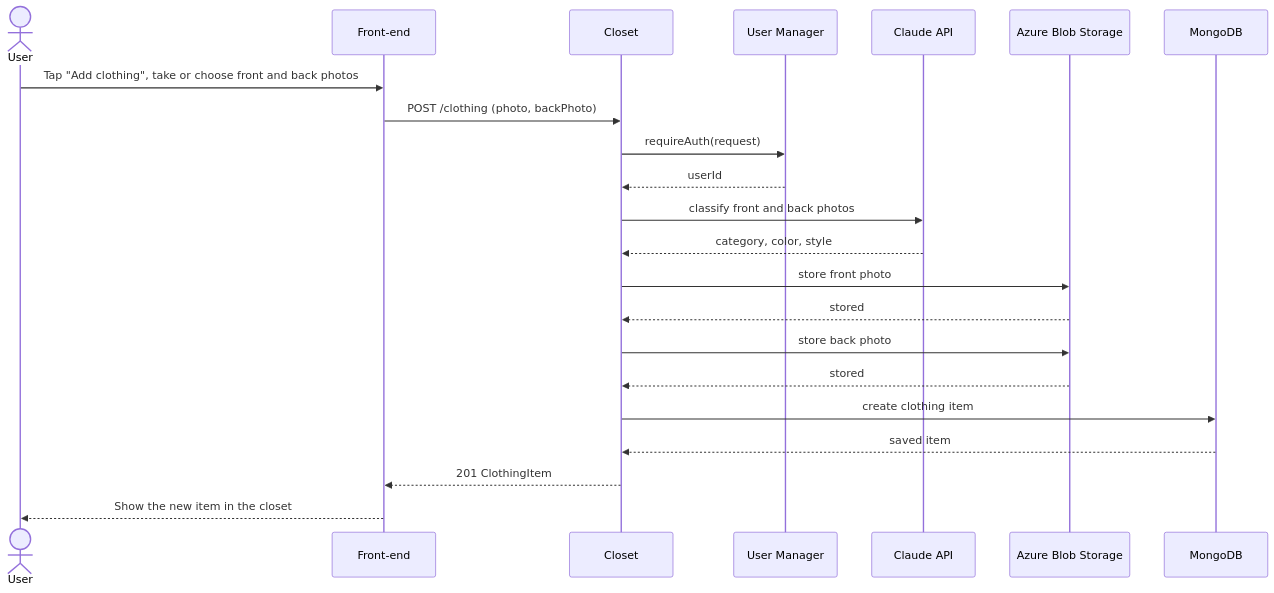
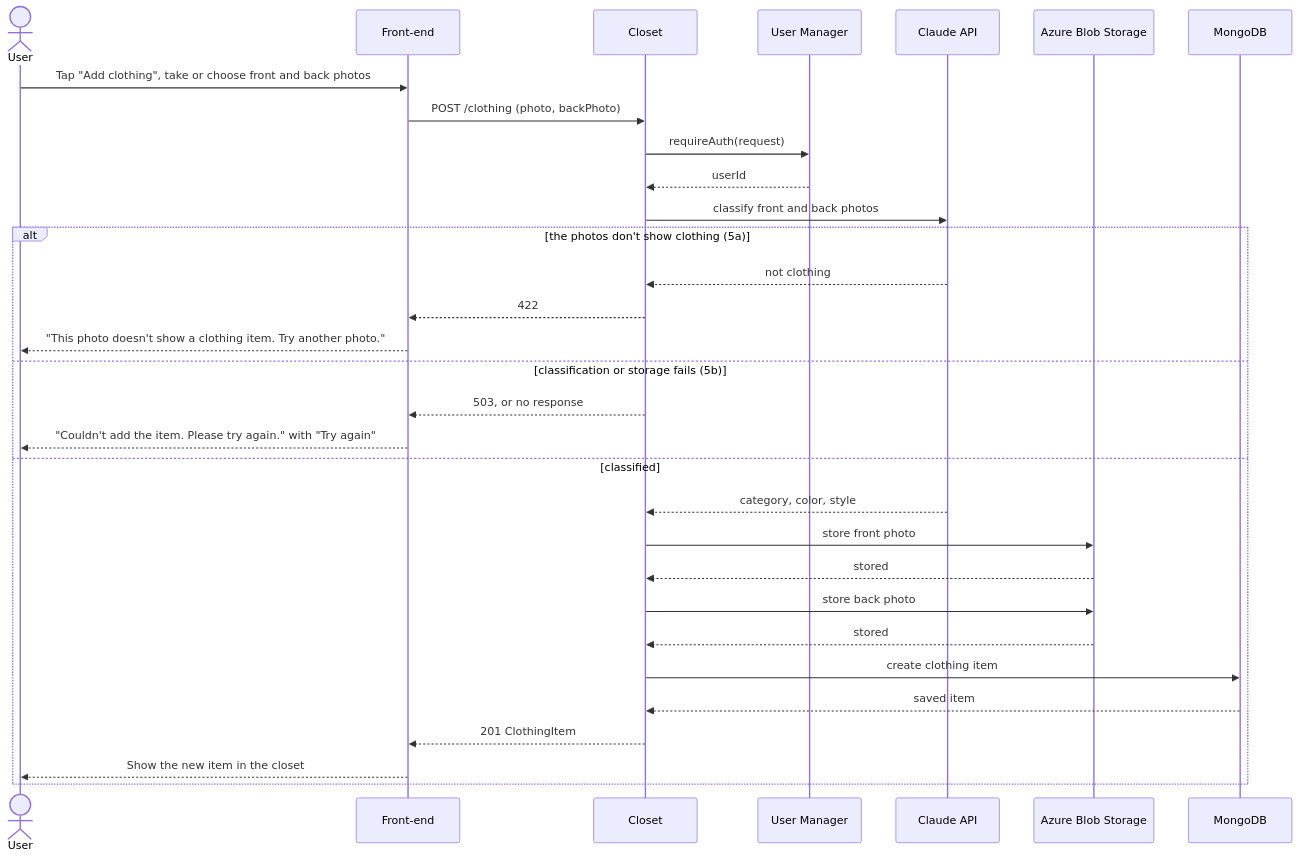
One commit to evannawfal/fabricate changed the first of 5 diagrams in documentation/Requirements_and_Design.md. Above: the diagram before and after it, drawn with Mermaid. The commit also changed other lines of this file, not shown here.

````diff
--- a/documentation/Requirements_and_Design.md
+++ b/documentation/Requirements_and_Design.md
@@ -376,25 +397,34 @@
 ```mermaid
 sequenceDiagram
     actor U as User
     participant FE as Front-end
     participant CL as Closet
     participant US as User Manager
     participant CA as Claude API
     participant AZ as Azure Blob Storage
     participant DB as MongoDB
 
     U->>FE: Tap "Add clothing", take or choose front and back photos
     FE->>CL: POST /clothing (photo, backPhoto)
     CL->>US: requireAuth(request)
     US-->>CL: userId
     CL->>CA: classify front and back photos
-    CA-->>CL: category, color, style
-    CL->>AZ: store front photo
-    AZ-->>CL: stored
-    CL->>AZ: store back photo
-    AZ-->>CL: stored
-    CL->>DB: create clothing item
-    DB-->>CL: saved item
-    CL-->>FE: 201 ClothingItem
-    FE-->>U: Show the new item in the closet
+    alt the photos don't show clothing (5a)
+        CA-->>CL: not clothing
+        CL-->>FE: 422
+        FE-->>U: "This photo doesn't show a clothing item. Try another photo."
+    else classification or storage fails (5b)
+        CL-->>FE: 503, or no response
+        FE-->>U: "Couldn't add the item. Please try again." with "Try again"
+    else classified
+        CA-->>CL: category, color, style
+        CL->>AZ: store front photo
+        AZ-->>CL: stored
+        CL->>AZ: store back photo
+        AZ-->>CL: stored
+        CL->>DB: create clothing item
+        DB-->>CL: saved item
+        CL-->>FE: 201 ClothingItem
+        FE-->>U: Show the new item in the closet
+    end
 ```
````
